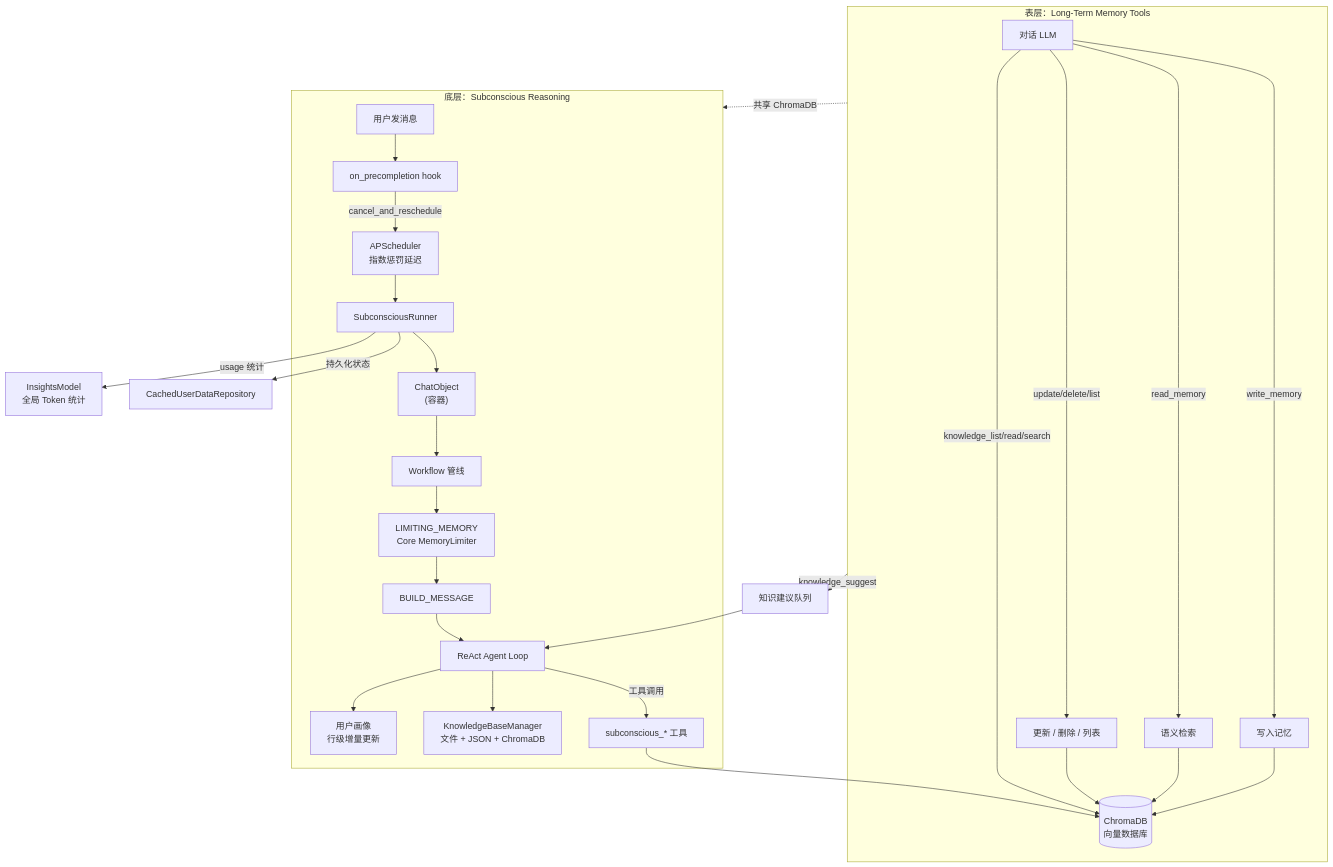
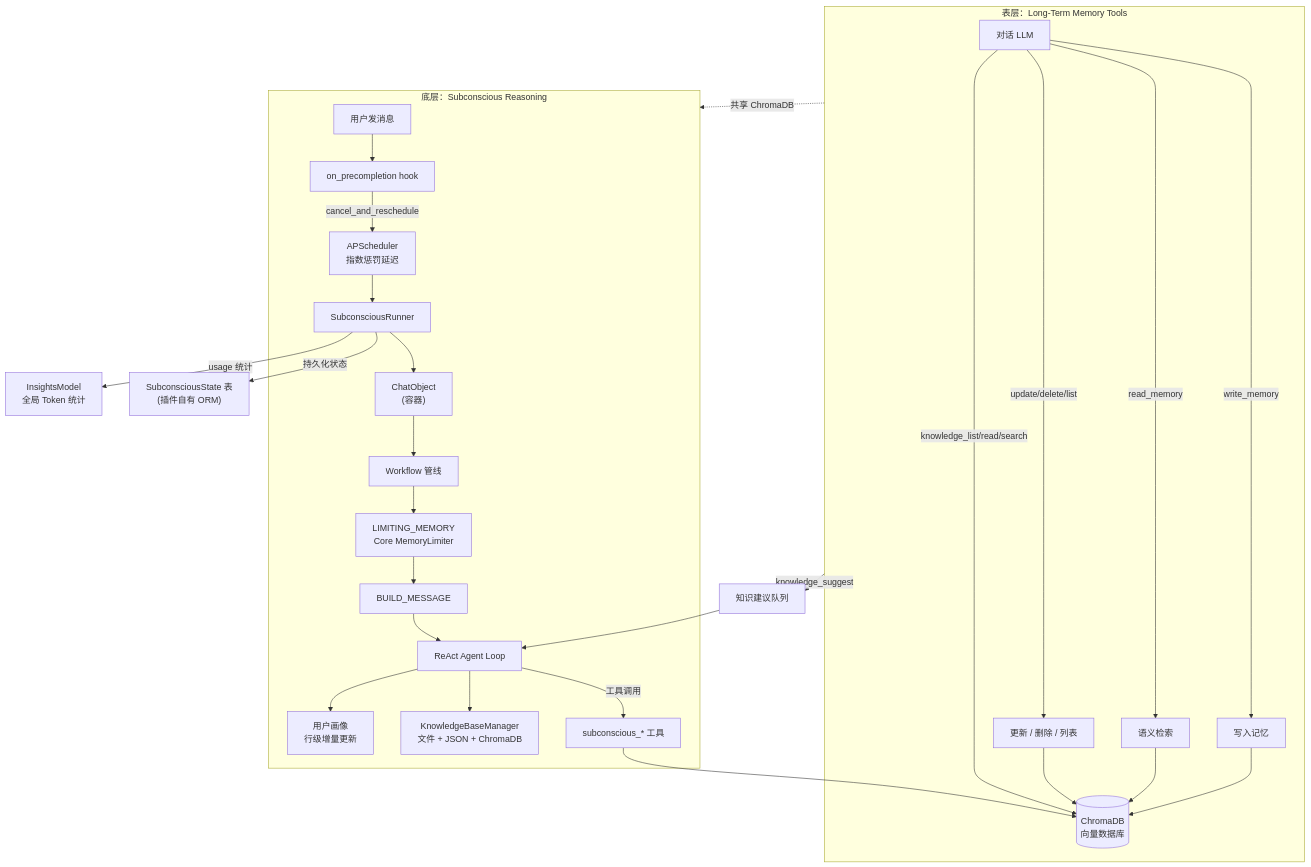
One commit to AmritaBot/plugin-memory changed the first of 5 diagrams in README.md. Above: the diagram before and after it, drawn with Mermaid. The commit also changed other lines of this file and 15 other files, not shown here.

````diff
--- a/README.md
+++ b/README.md
@@ -74,33 +74,33 @@
 ```mermaid
 flowchart TB
     subgraph Surface["表层：Long-Term Memory Tools"]
         S_LLM["对话 LLM"] -->|"write_memory"| S_Write["写入记忆"]
         S_LLM -->|"read_memory"| S_Read["语义检索"]
         S_LLM -->|"update/delete/list"| S_Mut["更新 / 删除 / 列表"]
         S_Write --> ChromaDB[("ChromaDB<br/>向量数据库")]
         S_Read --> ChromaDB
         S_Mut --> ChromaDB
         S_LLM -->|"knowledge_list/read/search"| ChromaDB
     end
 
     subgraph Subconscious["底层：Subconscious Reasoning"]
         UserChat["用户发消息"] --> Hook["on_precompletion hook"]
         Hook -->|"cancel_and_reschedule"| Scheduler["APScheduler<br/>指数惩罚延迟"]
         Scheduler --> Runner["SubconsciousRunner"]
         Runner --> ChatObject["ChatObject<br/>(容器)"]
         ChatObject --> WF["Workflow 管线"]
         WF --> LM["LIMITING_MEMORY<br/>Core MemoryLimiter"]
         LM --> Build["BUILD_MESSAGE"]
         Build --> AgentLoop["ReAct Agent Loop"]
         AgentLoop -->|"工具调用"| STools["subconscious_* 工具"]
         STools --> ChromaDB
         AgentLoop --> KB["KnowledgeBaseManager<br/>文件 + JSON + ChromaDB"]
         AgentLoop --> Profile["用户画像<br/>行级增量更新"]
     end
 
     Surface -->|"knowledge_suggest"| SuggQueue["知识建议队列"]
     SuggQueue --> AgentLoop
     Surface -.->|"共享 ChromaDB"| Subconscious
-    Runner -->|"持久化状态"| CachedRepo["CachedUserDataRepository"]
+    Runner -->|"持久化状态"| StateTable["SubconsciousState 表<br/>(插件自有 ORM)"]
     Runner -->|"usage 统计"| Insights["InsightsModel<br/>全局 Token 统计"]
 ```
````
